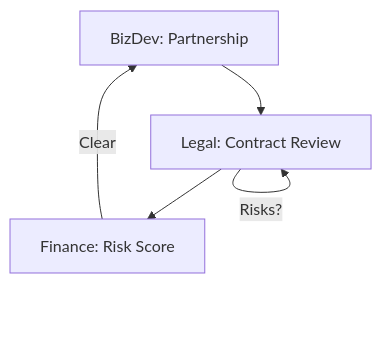
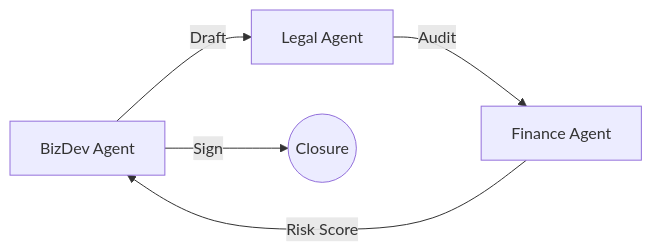
The diagram in workflows/legal_risk.md (carluxdevs/AgentOS), drawn with Mermaid before and after one commit. The commit also changed 3 other files, not shown here.

````diff
--- a/workflows/legal_risk.md
+++ b/workflows/legal_risk.md
@@ -5,7 +5,7 @@
 ```mermaid
-graph TD
-    BD[BizDev: Partnership] --> L[Legal: Contract Review]
-    L -- "Risks?" --> L
-    L --> FIN[Finance: Risk Score]
-    FIN -- "Clear" --> BD
+graph LR
+    BD[BizDev Agent] -- "Draft" --> LEGAL[Legal Agent]
+    LEGAL -- "Audit" --> FIN[Finance Agent]
+    FIN -- "Risk Score" --> BD
+    BD -- "Sign" --> EXEC((Closure))
 ```
````
